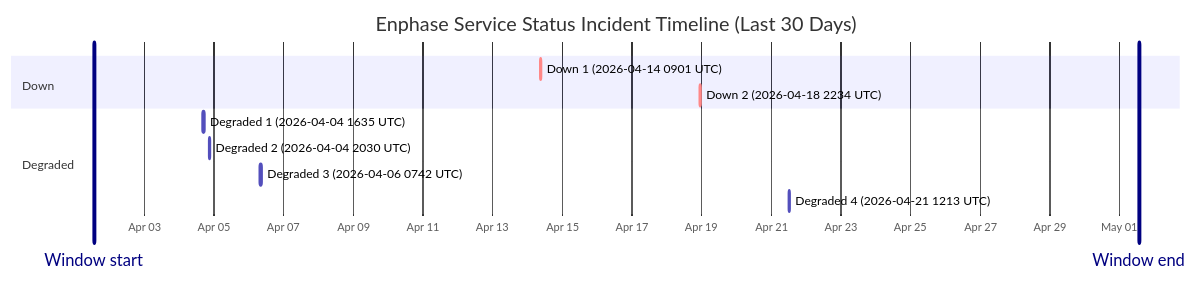
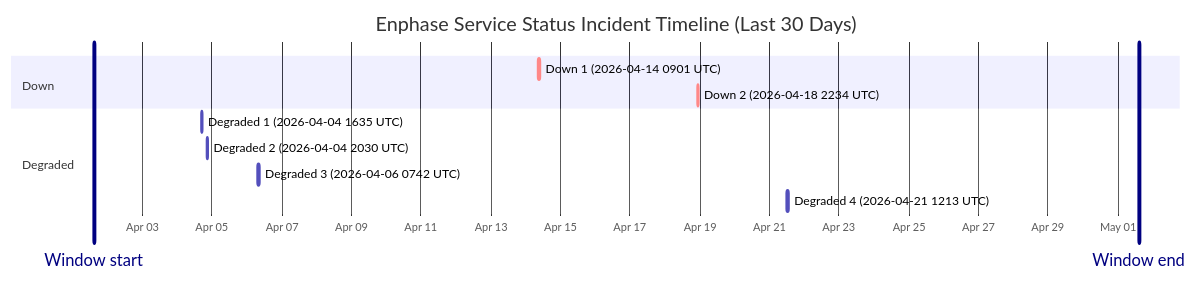
The diagram in wiki/Service-Status-History.md (barneyonline/ha-enphase-ev-charger), drawn with Mermaid before and after one commit. The commit also changed other lines of this file and 3 other files, not shown here.

````diff
--- a/wiki/Service-Status-History.md
+++ b/wiki/Service-Status-History.md
@@ -14,16 +14,16 @@
 ```mermaid
 gantt
     title Enphase Service Status Incident Timeline (Last 30 Days)
     dateFormat  YYYY-MM-DDTHH:mm:ss
     axisFormat  %b %d
-    Window start :vert, window-start, 2026-04-01T13:16:57, 0ms
-    Window end :vert, window-end, 2026-05-01T13:16:57, 0ms
+    Window start :vert, window-start, 2026-04-01T14:36:32, 0ms
+    Window end :vert, window-end, 2026-05-01T14:36:32, 0ms
     section Down
     Down 1 (2026-04-14 0901 UTC) :crit, down-1, 2026-04-14T09:01:13, 60m
     Down 2 (2026-04-18 2234 UTC) :crit, down-2, 2026-04-18T22:34:13, 60m
     section Degraded
     Degraded 1 (2026-04-04 1635 UTC) :active, degraded-1, 2026-04-04T16:35:17, 60m
     Degraded 2 (2026-04-04 2030 UTC) :active, degraded-2, 2026-04-04T20:30:40, 60m
     Degraded 3 (2026-04-06 0742 UTC) :active, degraded-3, 2026-04-06T07:42:09, 85m
     Degraded 4 (2026-04-21 1213 UTC) :active, degraded-4, 2026-04-21T12:13:11, 60m
 ```
````
